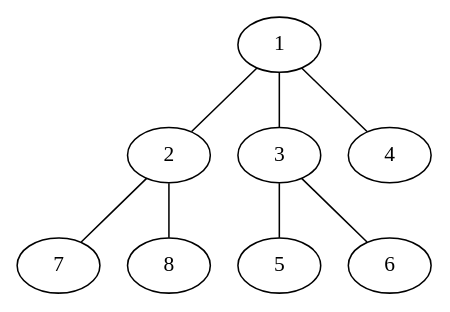
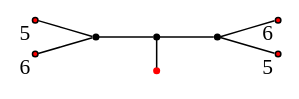
The diagram in graph/modSL2_index9_12.dot (vendramin/subgroups), drawn with Graphviz before and after one commit. The commit also changed 73 other files, not shown here.

Commit message:
Graphs (up to index 10)

```diff
--- a/graph/modSL2_index9_12.dot
+++ b/graph/modSL2_index9_12.dot
@@ -1,9 +1,15 @@
 graph diagram {
-1 -- 2;
-1 -- 3;
-1 -- 4;
-2 -- 7;
-2 -- 8;
-3 -- 5;
-3 -- 6;
+node [shape=point,color=black];
+rankdir = LR;
+subgraph subdiagram {
+2 -- 1 -- 3;
 }
+{5,6} -- 2;
+{rank=same;1 -- 4};
+3 -- {8,7};
+4 [color=red];
+5 [fillcolor=red,xlabel=5];
+6 [fillcolor=red,xlabel=6];
+7 [fillcolor=red,xlabel=5];
+8 [fillcolor=red,xlabel=6];
+}
```
